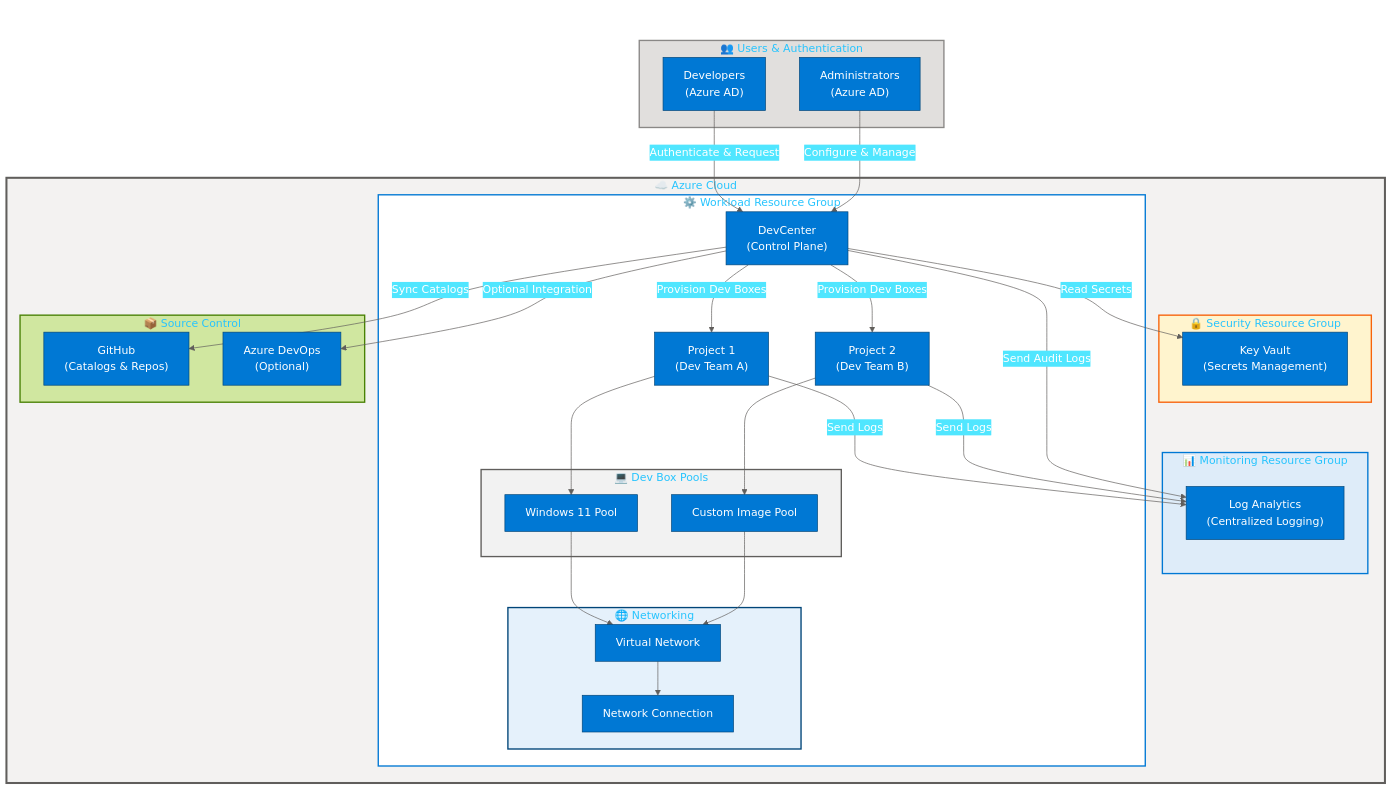
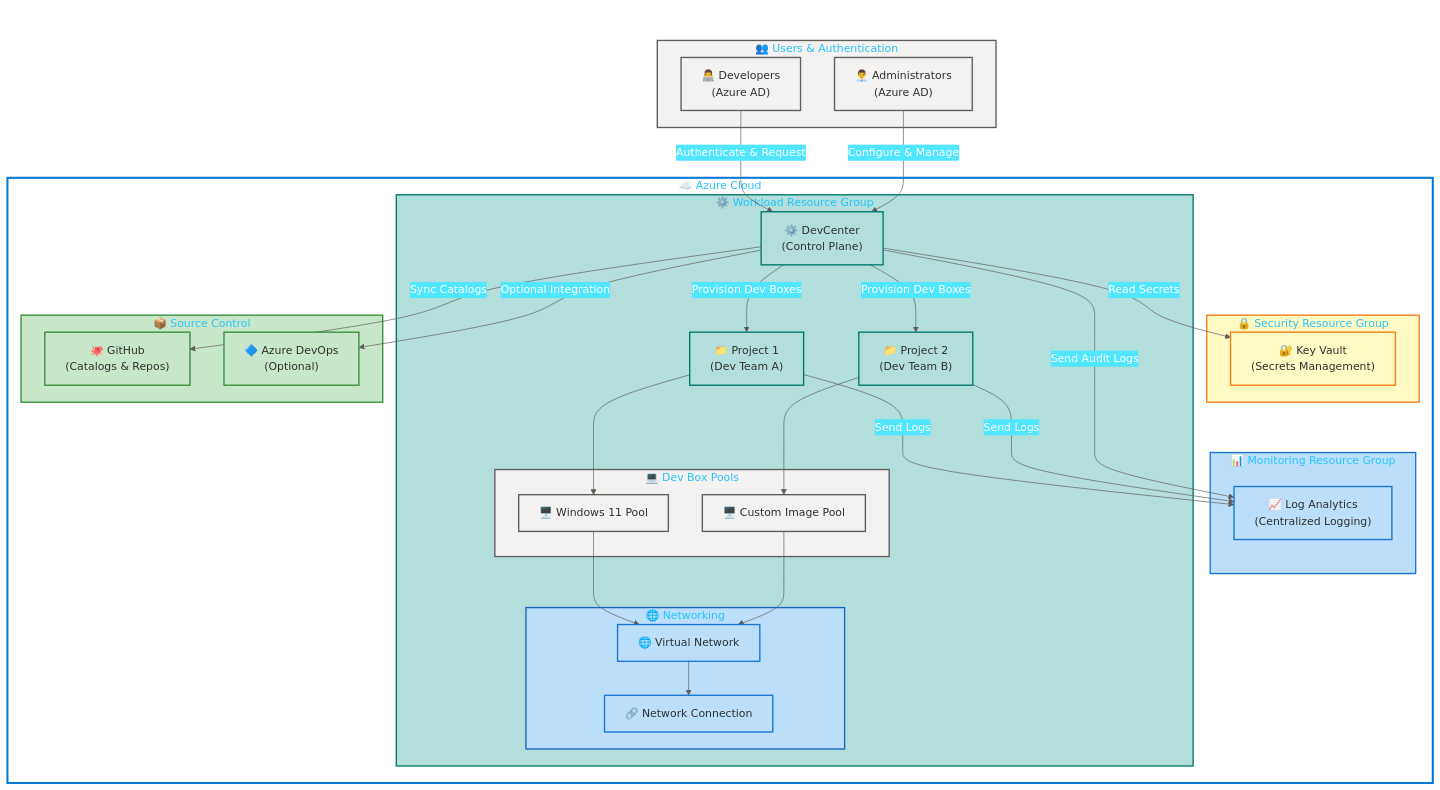
The diagram in README.md (Evilazaro/DevExp-DevBox), drawn with Mermaid before and after one commit.

Commit message:
fix: enhance architecture diagram in README.md with improved labels and styling for clarity

````diff
--- a/README.md
+++ b/README.md
@@ -87,39 +87,42 @@
     tertiaryColor: "#D83B01"
 ---
 flowchart TB
+    accTitle: Azure Dev Box Accelerator System Architecture
+    accDescr: Architecture diagram showing the three-tier resource group design with Users/Authentication connecting to Azure Cloud containing Security, Monitoring, Workload resource groups, and Source Control integration. DevCenter provisions Dev Boxes from pools, reads secrets from Key Vault, syncs catalogs with GitHub/Azure DevOps, and sends logs to Log Analytics.
+
     subgraph users["👥 Users & Authentication"]
-        devs["Developers<br/>(Azure AD)"]
-        admins["Administrators<br/>(Azure AD)"]
+        devs["👨‍💻 Developers<br/>(Azure AD)"]:::neutral
+        admins["👨‍💼 Administrators<br/>(Azure AD)"]:::neutral
     end
 
     subgraph azureCloud["☁️ Azure Cloud"]
         subgraph securityRG["🔒 Security Resource Group"]
-            kv["Key Vault<br/>(Secrets Management)"]
+            kv["🔐 Key Vault<br/>(Secrets Management)"]:::azureYellow
         end
 
         subgraph monitoringRG["📊 Monitoring Resource Group"]
-            la["Log Analytics<br/>(Centralized Logging)"]
+            la["📈 Log Analytics<br/>(Centralized Logging)"]:::azureBlue
         end
 
         subgraph workloadRG["⚙️ Workload Resource Group"]
-            dc["DevCenter<br/>(Control Plane)"]
-            proj1["Project 1<br/>(Dev Team A)"]
-            proj2["Project 2<br/>(Dev Team B)"]
+            dc["⚙️ DevCenter<br/>(Control Plane)"]:::azureTeal
+            proj1["📁 Project 1<br/>(Dev Team A)"]:::azureTeal
+            proj2["📁 Project 2<br/>(Dev Team B)"]:::azureTeal
 
             subgraph networking["🌐 Networking"]
-                vnet["Virtual Network"]
-                netconn["Network Connection"]
+                vnet["🌐 Virtual Network"]:::azureBlue
+                netconn["🔗 Network Connection"]:::azureBlue
             end
 
             subgraph pools["💻 Dev Box Pools"]
-                pool1["Windows 11 Pool"]
-                pool2["Custom Image Pool"]
+                pool1["🖥️ Windows 11 Pool"]:::neutral
+                pool2["🖥️ Custom Image Pool"]:::neutral
             end
         end
 
         subgraph scm["📦 Source Control"]
-            gh["GitHub<br/>(Catalogs & Repos)"]
-            ado["Azure DevOps<br/>(Optional)"]
+            gh["🐙 GitHub<br/>(Catalogs & Repos)"]:::azureGreen
+            ado["🔷 Azure DevOps<br/>(Optional)"]:::azureGreen
         end
     end
 
@@ -144,12 +147,20 @@
     proj2 -->|"Send Logs"| la
     dc -->|"Send Audit Logs"| la
 
-    style users fill:#E1DFDD,stroke:#8A8886,stroke-width:2px
-    style azureCloud fill:#F3F2F1,stroke:#605E5C,stroke-width:3px
-    style securityRG fill:#FFF4CE,stroke:#F7630C,stroke-width:2px
-    style monitoringRG fill:#DEECF9,stroke:#0078D4,stroke-width:2px
-    style workloadRG fill:#FFFFFF,stroke:#0078D4,stroke-width:2px
-    style networking fill:#E5F1FB,stroke:#004578,stroke-width:2px
-    style pools fill:#F2F2F2,stroke:#605E5C,stroke-width:2px
-    style scm fill:#D0E7A0,stroke:#498205,stroke-width:2px
+    %% Subgraph Styling (MRM-S001 compliant)
+    style users fill:#F3F2F1,stroke:#605E5C,stroke-width:2px
+    style azureCloud fill:#FFFFFF,stroke:#0078D4,stroke-width:3px
+    style securityRG fill:#FFF9C4,stroke:#F57F17,stroke-width:2px
+    style monitoringRG fill:#BBDEFB,stroke:#1976D2,stroke-width:2px
+    style workloadRG fill:#B2DFDB,stroke:#00796B,stroke-width:2px
+    style networking fill:#BBDEFB,stroke:#1565C0,stroke-width:2px
+    style pools fill:#F3F2F1,stroke:#605E5C,stroke-width:2px
+    style scm fill:#C8E6C9,stroke:#388E3C,stroke-width:2px
+
+    %% Semantic Color Classes (MRM-C001, MRM-C004 compliant)
+    classDef azureYellow fill:#FFF9C4,stroke:#F57F17,stroke-width:2px,color:#323130
+    classDef azureBlue fill:#BBDEFB,stroke:#1976D2,stroke-width:2px,color:#323130
+    classDef azureTeal fill:#B2DFDB,stroke:#00796B,stroke-width:2px,color:#323130
+    classDef azureGreen fill:#C8E6C9,stroke:#388E3C,stroke-width:2px,color:#323130
+    classDef neutral fill:#F3F2F1,stroke:#605E5C,stroke-width:2px,color:#323130
 ```
````
